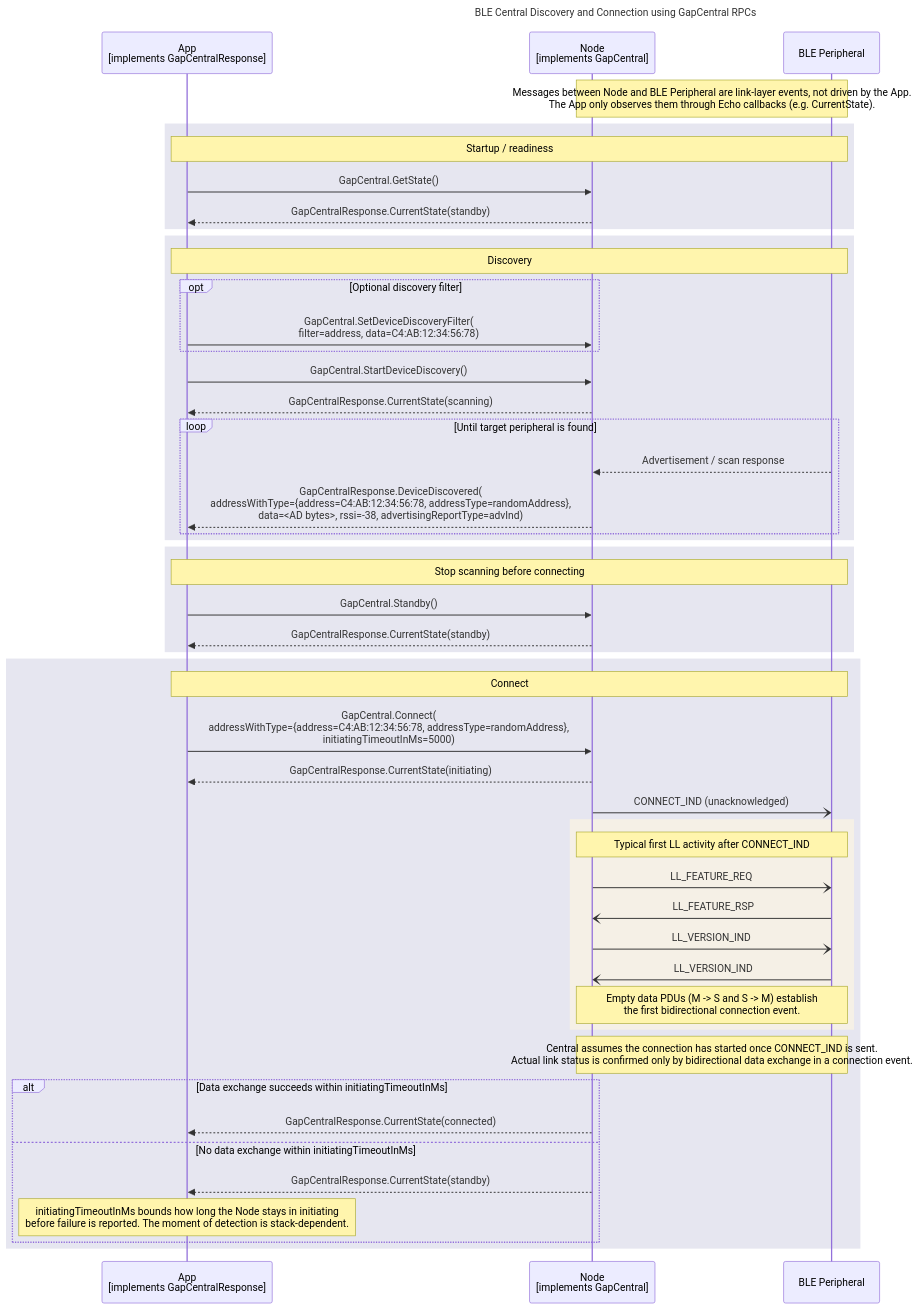
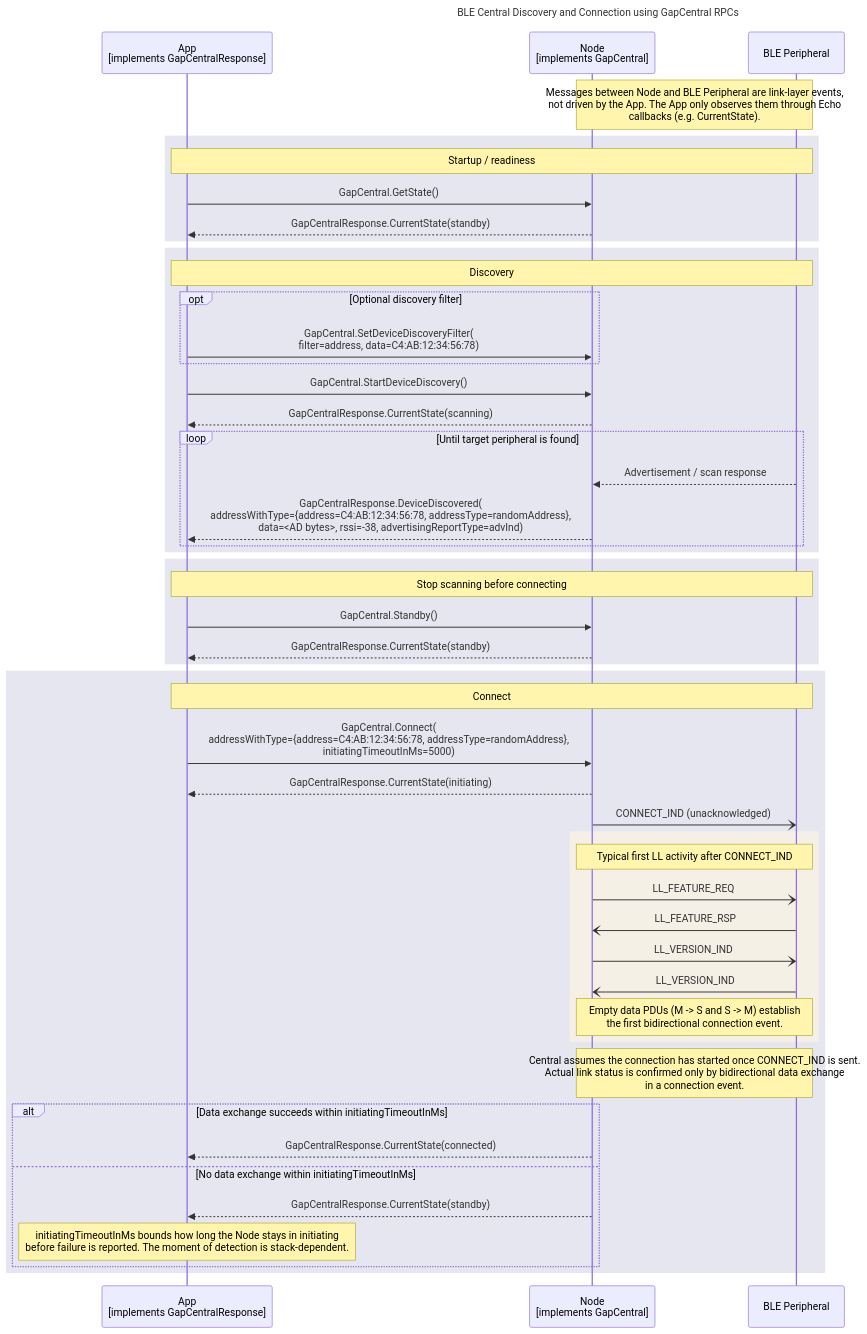
One commit to philips-software/amp-embedded-infra-lib changed the diagram in documents/modules/ROOT/partials/echoservices/gap_central/GapCentral_DiscoveryAndConnection_sequence.mmd. Above: the diagram before and after it, drawn with Mermaid. The commit also changed 11 other files, not shown here.

```diff
--- a/documents/modules/ROOT/partials/echoservices/gap_central/GapCentral_DiscoveryAndConnection_sequence.mmd
+++ b/documents/modules/ROOT/partials/echoservices/gap_central/GapCentral_DiscoveryAndConnection_sequence.mmd
@@ -1,59 +1,59 @@
 sequenceDiagram
     title BLE Central Discovery and Connection using GapCentral RPCs
 
     participant App as App<br>[implements GapCentralResponse]
     participant Node as Node<br>[implements GapCentral]
     participant Peripheral as BLE Peripheral
 
 
-    Note over Node, Peripheral: Messages between Node and BLE Peripheral are link-layer events, not driven by the App.<br>The App only observes them through Echo callbacks (e.g. CurrentState).
+    Note over Node, Peripheral: Messages between Node and BLE Peripheral are link-layer events,<br>not driven by the App. The App only observes them through Echo<br>callbacks (e.g. CurrentState).
 
     rect rgb(230, 230, 240)
         note over App, Peripheral: Startup / readiness
         App->>Node: GapCentral.GetState()
         Node-->>App: GapCentralResponse.CurrentState(standby)
     end
 
     rect rgb(230, 230, 240)
         note over App, Peripheral: Discovery
         opt Optional discovery filter
             App->>Node: GapCentral.SetDeviceDiscoveryFilter(<br>filter=address, data=C4:AB:12:34:56:78)
         end
         App->>Node: GapCentral.StartDeviceDiscovery()
         Node-->>App: GapCentralResponse.CurrentState(scanning)
 
         loop Until target peripheral is found
             Peripheral-->>Node: Advertisement / scan response
             Node-->>App: GapCentralResponse.DeviceDiscovered(<br>addressWithType={address=C4:AB:12:34:56:78, addressType=randomAddress},<br>data=<AD bytes>, rssi=-38, advertisingReportType=advInd)
         end
     end
 
     rect rgb(230, 230, 240)
         note over App, Peripheral: Stop scanning before connecting
         App->>Node: GapCentral.Standby()
         Node-->>App: GapCentralResponse.CurrentState(standby)
     end
 
     rect rgb(230, 230, 240)
         note over App, Peripheral: Connect
         App->>Node: GapCentral.Connect(<br>addressWithType={address=C4:AB:12:34:56:78, addressType=randomAddress},<br>initiatingTimeoutInMs=5000)
         Node-->>App: GapCentralResponse.CurrentState(initiating)
 
         Node-)Peripheral: CONNECT_IND (unacknowledged)
         rect rgb(245, 240, 230)
             Note over Node, Peripheral: Typical first LL activity after CONNECT_IND
             Node-)Peripheral: LL_FEATURE_REQ
             Peripheral-)Node: LL_FEATURE_RSP
             Node-)Peripheral: LL_VERSION_IND
             Peripheral-)Node: LL_VERSION_IND
             Note over Node, Peripheral: Empty data PDUs (M -> S and S -> M) establish<br>the first bidirectional connection event.
         end
-        Note over Node, Peripheral: Central assumes the connection has started once CONNECT_IND is sent.<br>Actual link status is confirmed only by bidirectional data exchange in a connection event.
+        Note over Node, Peripheral: Central assumes the connection has started once CONNECT_IND is sent.<br>Actual link status is confirmed only by bidirectional data exchange<br>in a connection event.
 
         alt Data exchange succeeds within initiatingTimeoutInMs
             Node-->>App: GapCentralResponse.CurrentState(connected)
         else No data exchange within initiatingTimeoutInMs
             Node-->>App: GapCentralResponse.CurrentState(standby)
             Note over App: initiatingTimeoutInMs bounds how long the Node stays in initiating<br>before failure is reported. The moment of detection is stack-dependent.
         end
     end
```
